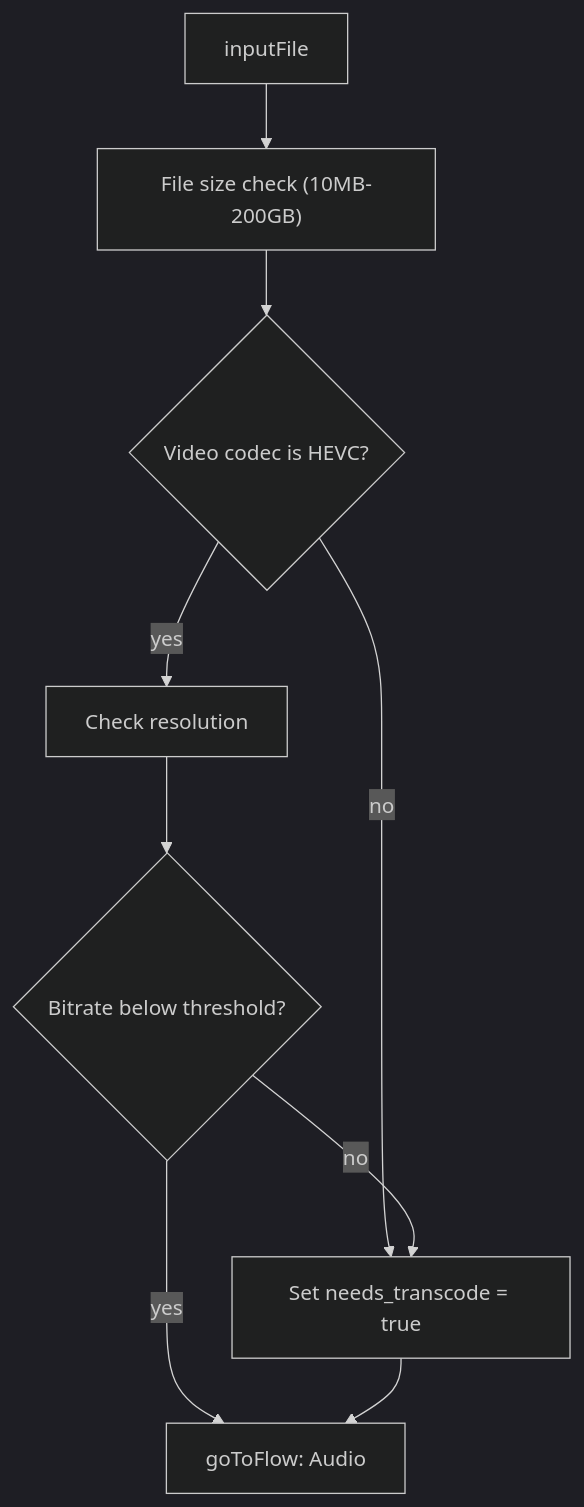
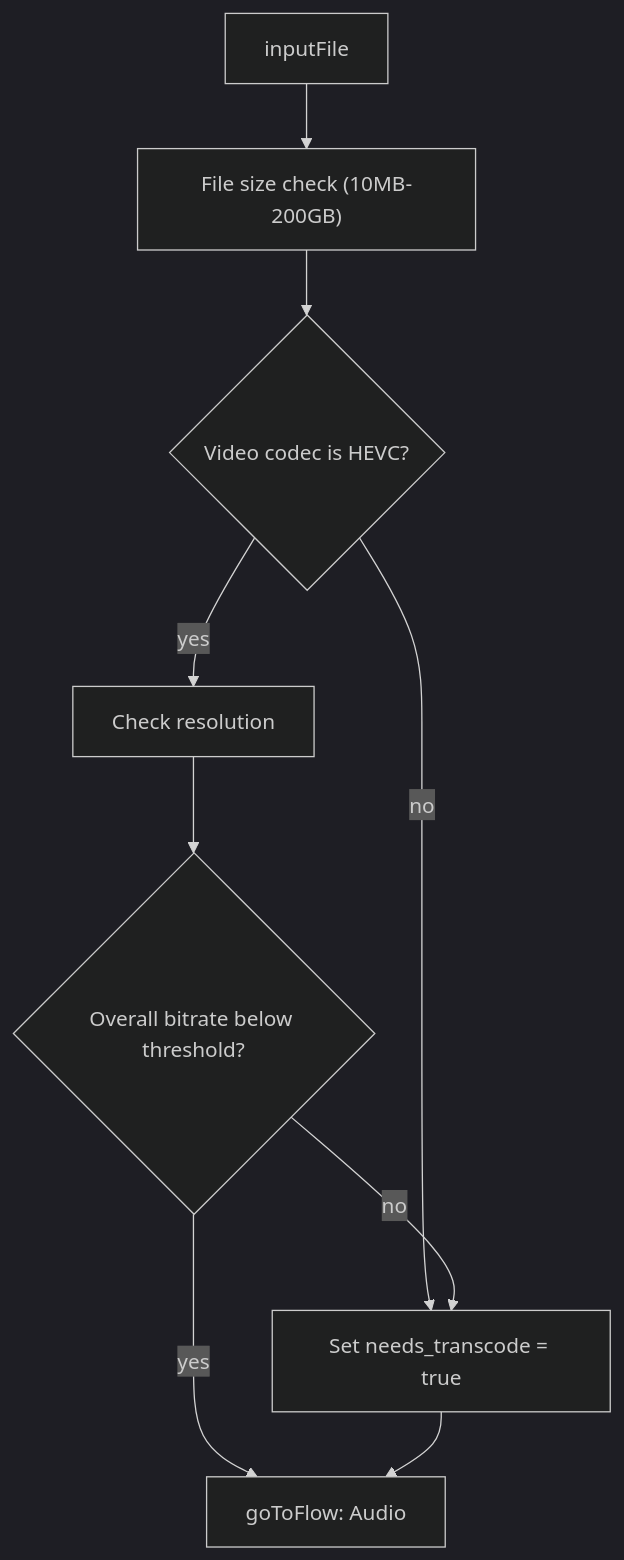
One commit to Apocrathia/homelab changed the second of 5 diagrams in flux/manifests/04-apps/media/management/tdarr/flows/README.md. Above: the diagram before and after it, drawn with Mermaid (dark theme). The commit also changed other lines of this file and 1 other file, not shown here.

Commit message:
fix(tdarr): use checkOverallBitrate for HEVC skip flow
- Replace checkVideoBitrate with checkOverallBitrate in the input flow for
  720p, 1080p, and 4K bitrate checks.
- Per-stream video bitrate is not available on VBR x265 MKV files, so the
  flow must use overall container bitrate; checkOverallBitrate matches
  that behavior.
- Update flow node names and flows README (diagram and threshold notes)
  to say "overall bitrate" and document the plugin choice.

````diff
--- a/flux/manifests/04-apps/media/management/tdarr/flows/README.md
+++ b/flux/manifests/04-apps/media/management/tdarr/flows/README.md
@@ -22,11 +22,11 @@
 ```mermaid
 flowchart TD
     Start[inputFile] --> SizeCheck["File size check (10MB-200GB)"]
     SizeCheck --> CodecCheck{Video codec is HEVC?}
     CodecCheck -->|no| NeedsTranscode["Set needs_transcode = true"]
     CodecCheck -->|yes| ResCheck["Check resolution"]
-    ResCheck --> BitrateCheck{Bitrate below threshold?}
+    ResCheck --> BitrateCheck{Overall bitrate below threshold?}
     BitrateCheck -->|yes| GoToF2["goToFlow: Audio"]
     BitrateCheck -->|no| NeedsTranscode
     NeedsTranscode --> GoToF2
 ```
````
